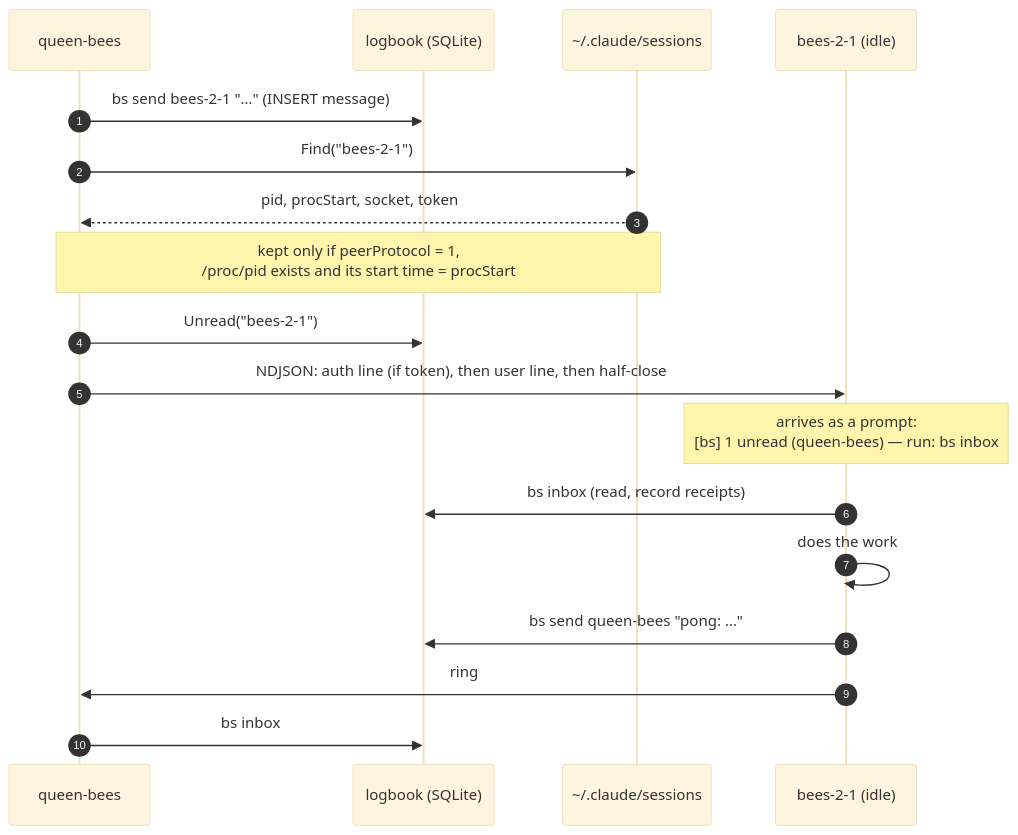
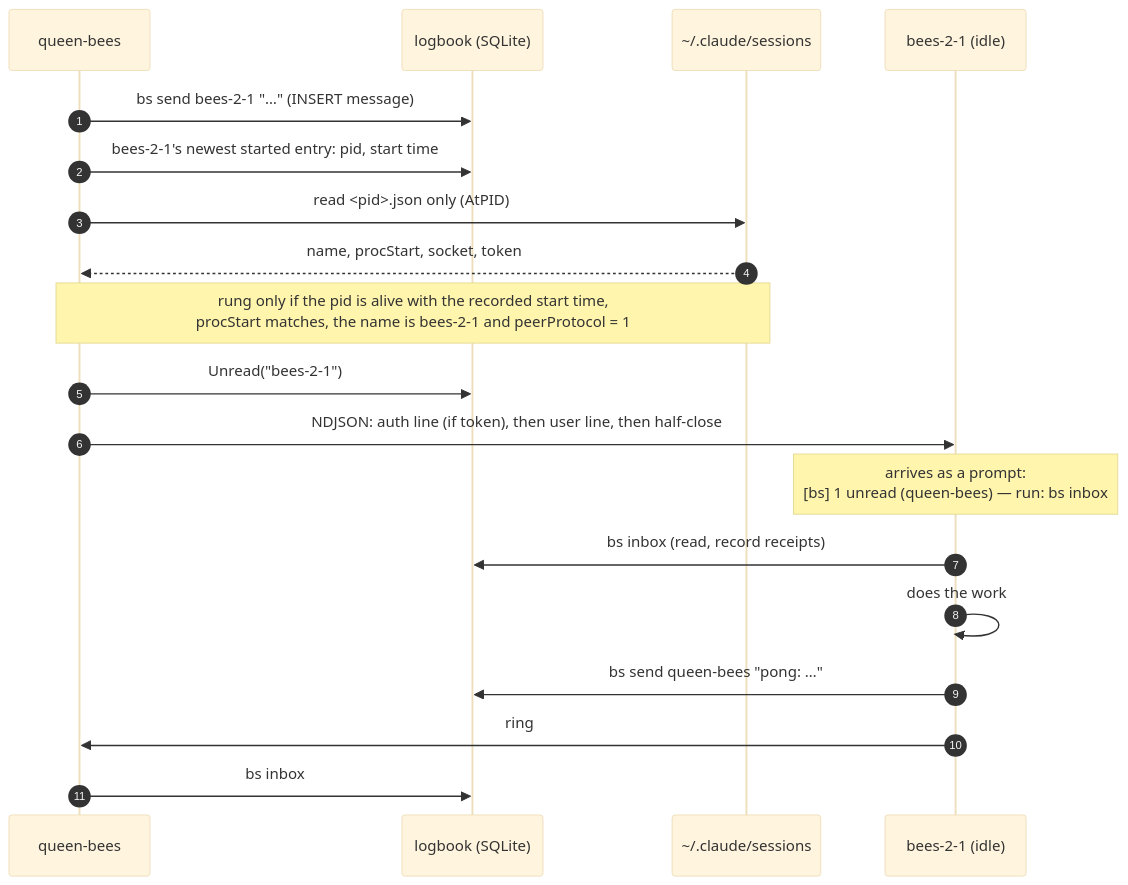
One commit to jmmshn/bees changed the second of 4 diagrams in README.md. Above: the diagram before and after it, drawn with Mermaid (base theme). The commit also changed other lines of this file and 9 other files, not shown here.

First line of the commit message:
Ring the recorded process (bees-12.10 stage 3)

````diff
--- a/README.md
+++ b/README.md
@@ -146,21 +146,22 @@
 ```mermaid
 sequenceDiagram
     autonumber
     participant C as queen-bees
     participant L as logbook (SQLite)
     participant R as ~/.claude/sessions
     participant P as bees-2-1 (idle)
 
     C->>L: bs send bees-2-1 "…"  (INSERT message)
-    C->>R: Find("bees-2-1")
-    R-->>C: pid, procStart, socket, token
-    Note over C,R: kept only if peerProtocol = 1,<br/>/proc/pid exists and its start time = procStart
+    C->>L: bees-2-1's newest started entry: pid, start time
+    C->>R: read <pid>.json only (AtPID)
+    R-->>C: name, procStart, socket, token
+    Note over C,R: rung only if the pid is alive with the recorded start time,<br/>procStart matches, the name is bees-2-1 and peerProtocol = 1
     C->>L: Unread("bees-2-1")
     C->>P: NDJSON: auth line (if token), then user line, then half-close
     Note over P: arrives as a prompt:<br/>[bs] 1 unread (queen-bees) — run: bs inbox
     P->>L: bs inbox  (read, record receipts)
     P->>P: does the work
     P->>L: bs send queen-bees "pong: …"
     P->>C: ring
     C->>L: bs inbox
 ```
````
